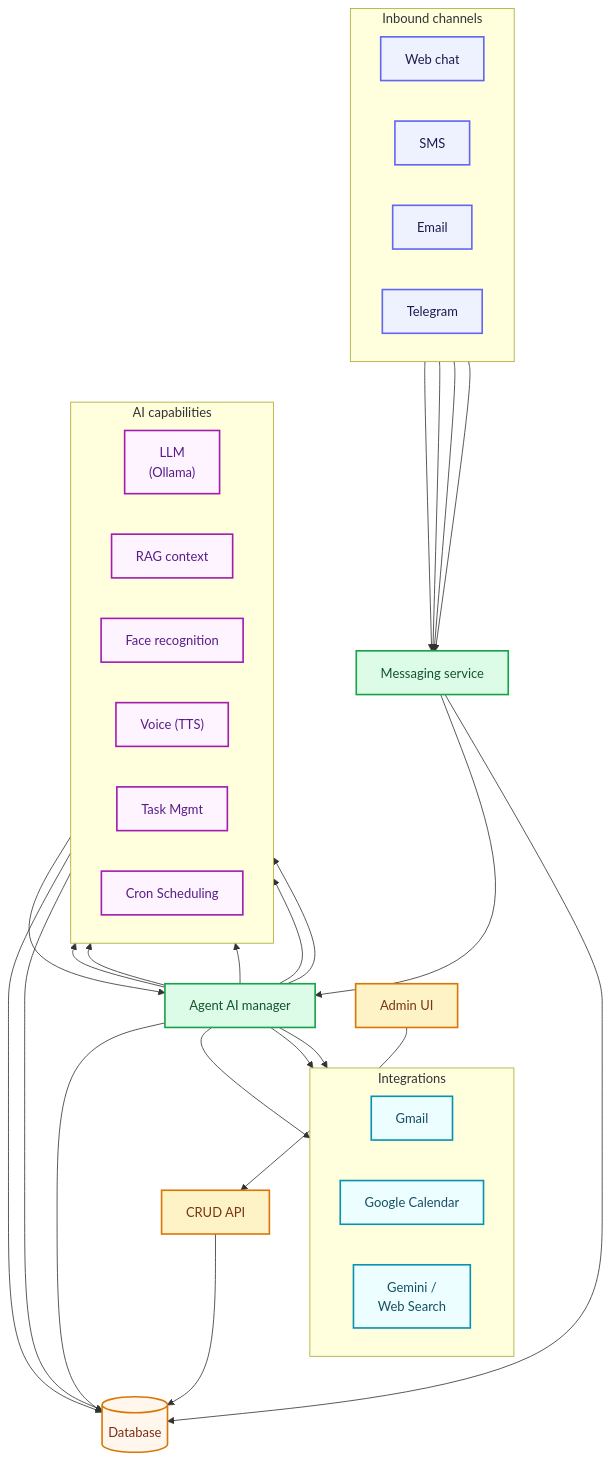
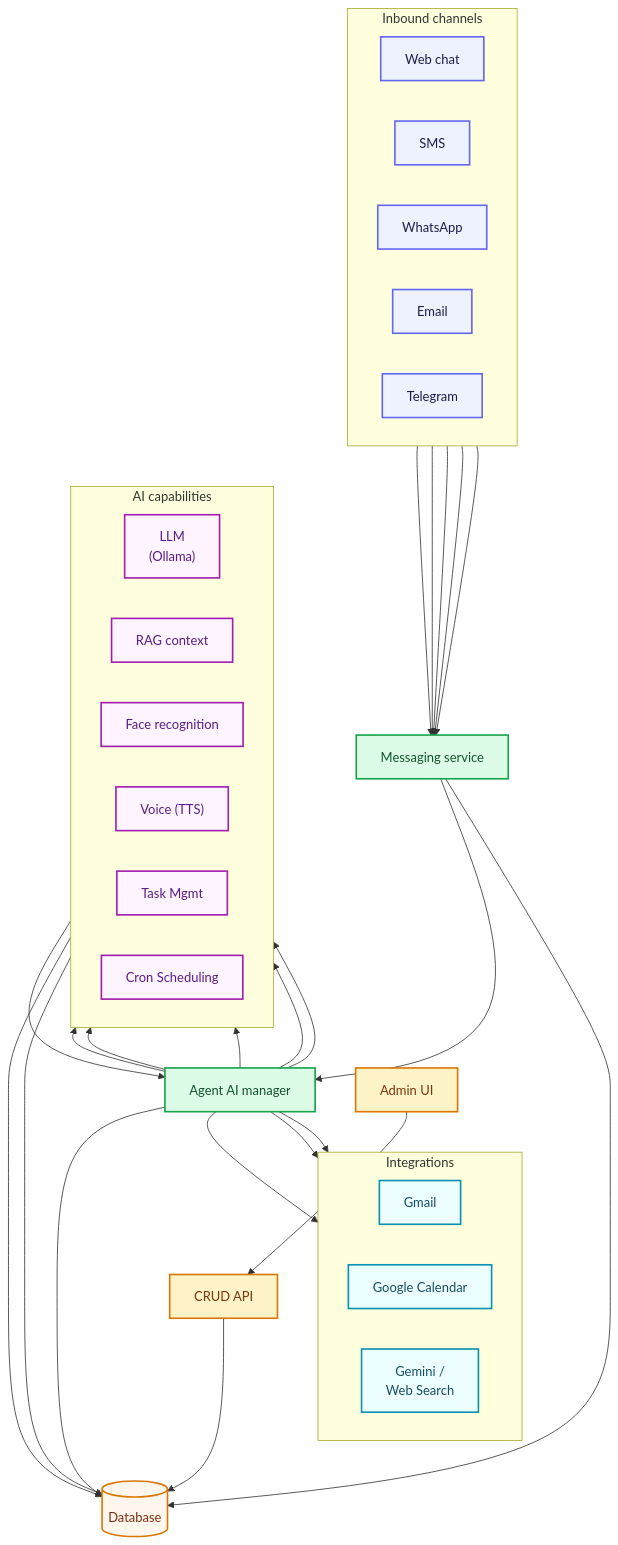
Before and after one commit to bjm88/family-assistant: the first of 2 diagrams in README.md, drawn with Mermaid. The commit also changed other lines of this file and 13 other files, not shown here.

```diff
--- a/README.md
+++ b/README.md
@@ -64,6 +64,7 @@
         direction LR
         Web["Web chat"]
         SMS["SMS"]
+        WA["WhatsApp"]
         Email["Email"]
         Telegram["Telegram"]
     end
@@ -98,6 +99,7 @@
     %% ─── Wiring ─────────────────────────────────────────────────
     Web --> Hub
     SMS --> Hub
+    WA --> Hub
     Email --> Hub
     Telegram --> Hub
 
@@ -133,7 +135,7 @@
     classDef ai fill:#fdf4ff,stroke:#a21caf,color:#581c87,stroke-width:2px
     classDef integ fill:#ecfeff,stroke:#0891b2,color:#164e63,stroke-width:2px
     classDef data fill:#fff7ed,stroke:#d97706,color:#7c2d12,stroke-width:2px
-    class Web,SMS,Email,Telegram inbound
+    class Web,SMS,WA,Email,Telegram inbound
     class Hub,Agent core
     class AdminUI,CRUD admin
     class LLM,RAG,Face,Voice,Tasks,Cron ai
```
